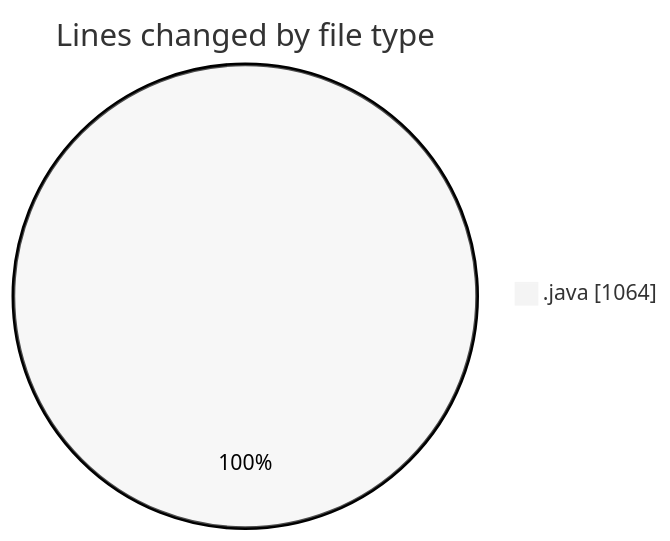
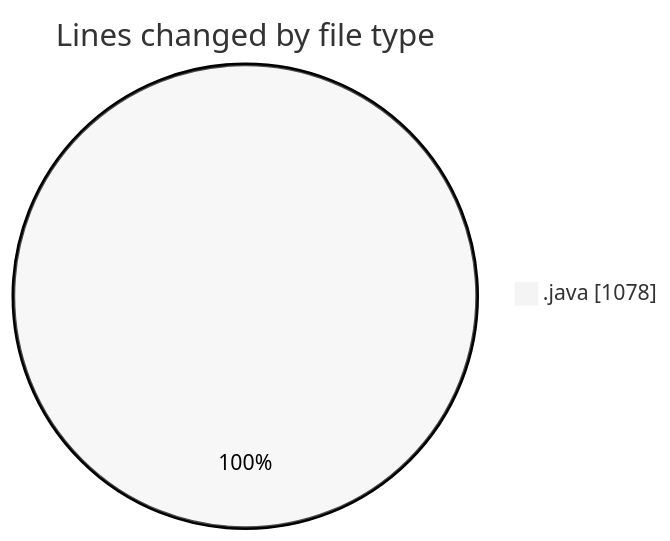
One commit to ricardozamudiocil/code-tracking changed the first of 2 diagrams in 2026-03-31/cilapp/README.md. Above: the diagram before and after it, drawn with Mermaid (neutral theme). The commit also changed other lines of this file and 1 other file, not shown here.

````diff
--- a/2026-03-31/cilapp/README.md
+++ b/2026-03-31/cilapp/README.md
@@ -20,5 +20,5 @@
 ```mermaid
 pie showData
 title Lines changed by file type
-".java" : 1064
+".java" : 1078
 ```
````
